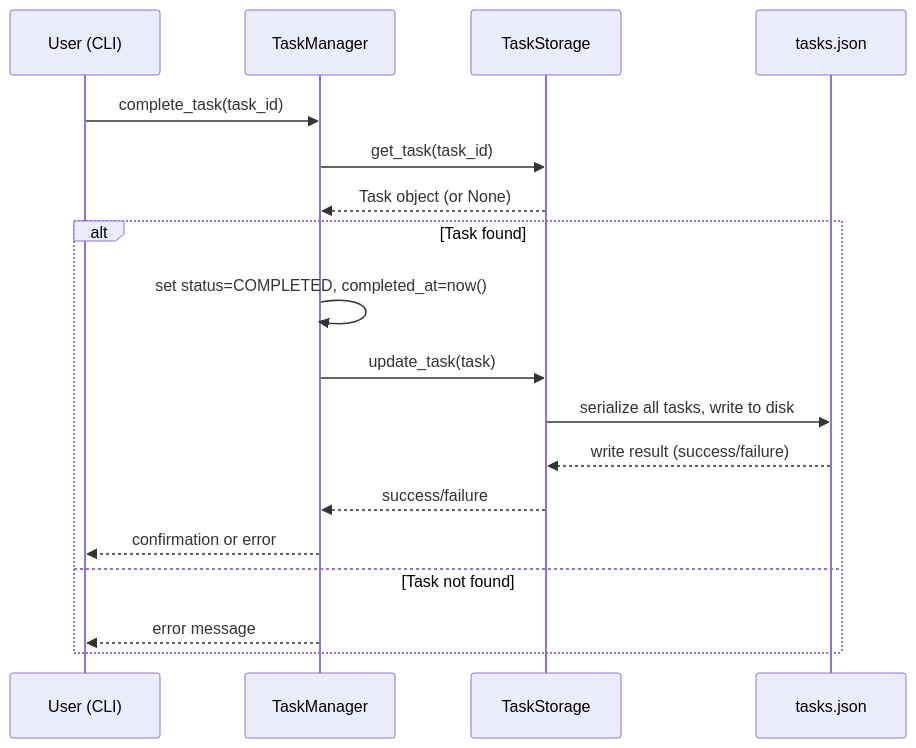
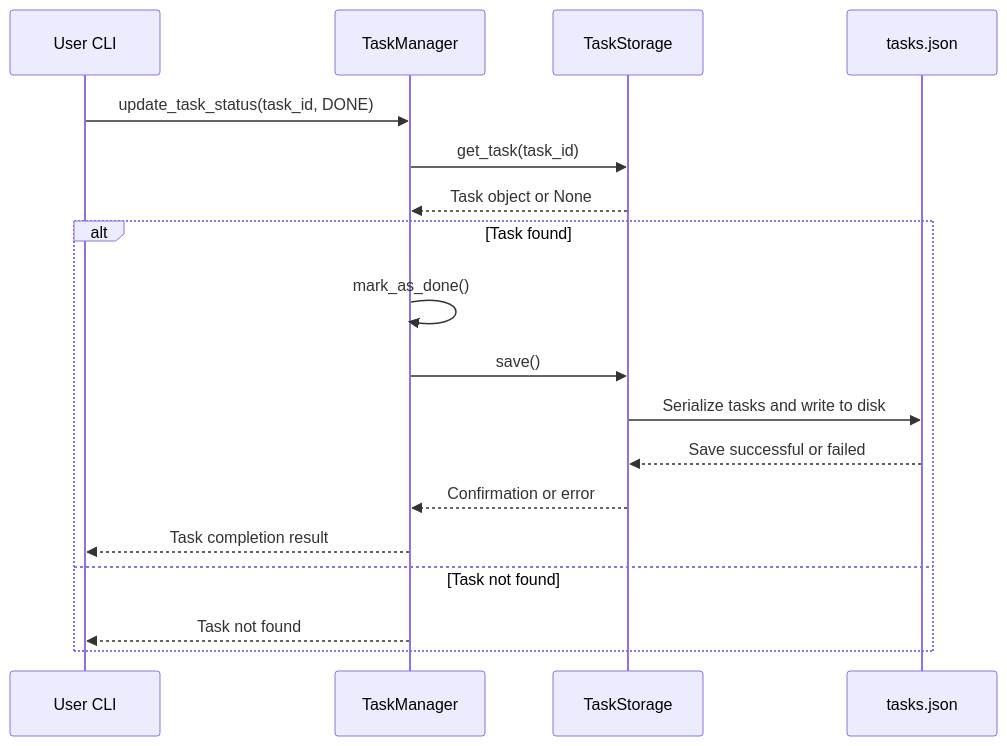
One commit to Mary-Chatsane/ai-code-exercises changed the second of 2 diagrams in CODE_UNDERSTANDING_JOURNAL.md. Above: the diagram before and after it, drawn with Mermaid. The commit also changed other lines of this file, not shown here.

````diff
--- a/CODE_UNDERSTANDING_JOURNAL.md
+++ b/CODE_UNDERSTANDING_JOURNAL.md
@@ -173,21 +173,22 @@
 ```mermaid
 sequenceDiagram
-    participant U as User (CLI)
+    participant U as User CLI
     participant TM as TaskManager
     participant TS as TaskStorage
     participant F as tasks.json
 
-    U->>TM: complete_task(task_id)
+    U->>TM: update_task_status(task_id, DONE)
     TM->>TS: get_task(task_id)
-    TS-->>TM: Task object (or None)
+    TS-->>TM: Task object or None
+
     alt Task found
-        TM->>TM: set status=COMPLETED, completed_at=now()
-        TM->>TS: update_task(task)
-        TS->>F: serialize all tasks, write to disk
-        F-->>TS: write result (success/failure)
-        TS-->>TM: success/failure
-        TM-->>U: confirmation or error
+        TM->>TM: mark_as_done()
+        TM->>TS: save()
+        TS->>F: Serialize tasks and write to disk
+        F-->>TS: Save successful or failed
+        TS-->>TM: Confirmation or error
+        TM-->>U: Task completion result
     else Task not found
-        TM-->>U: error message
+        TM-->>U: Task not found
     end
 ```
````
